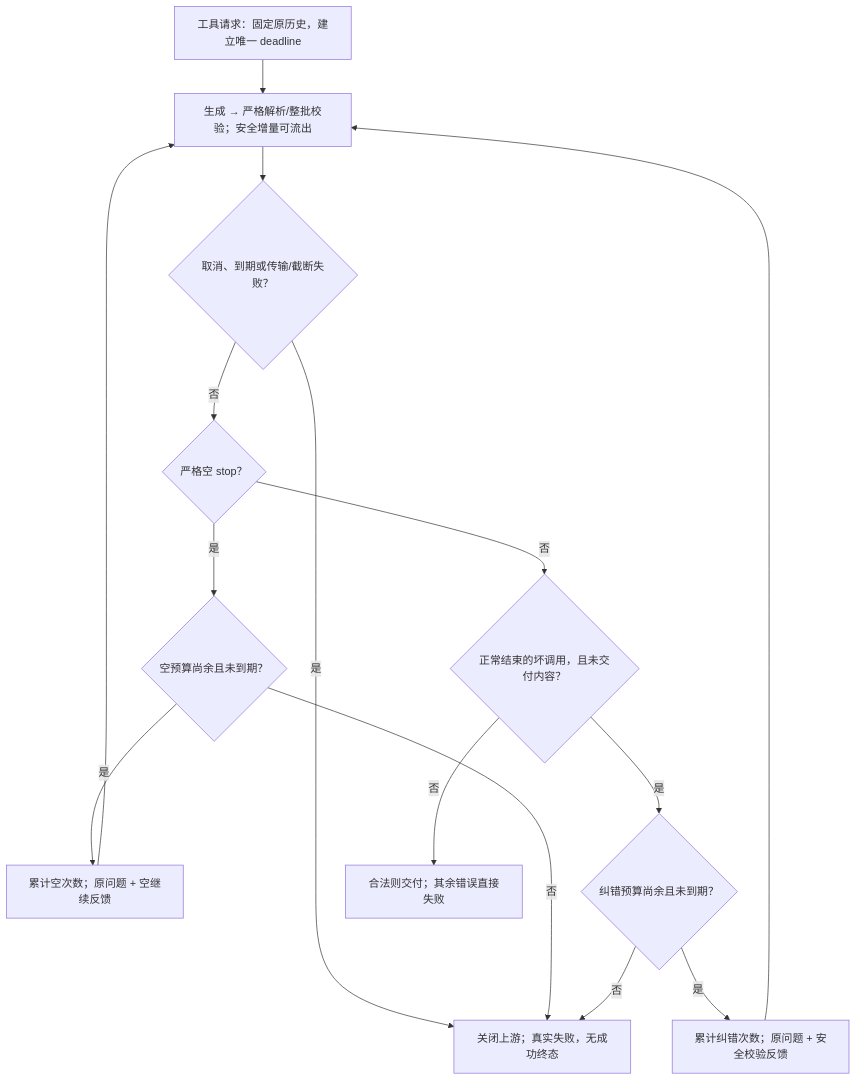
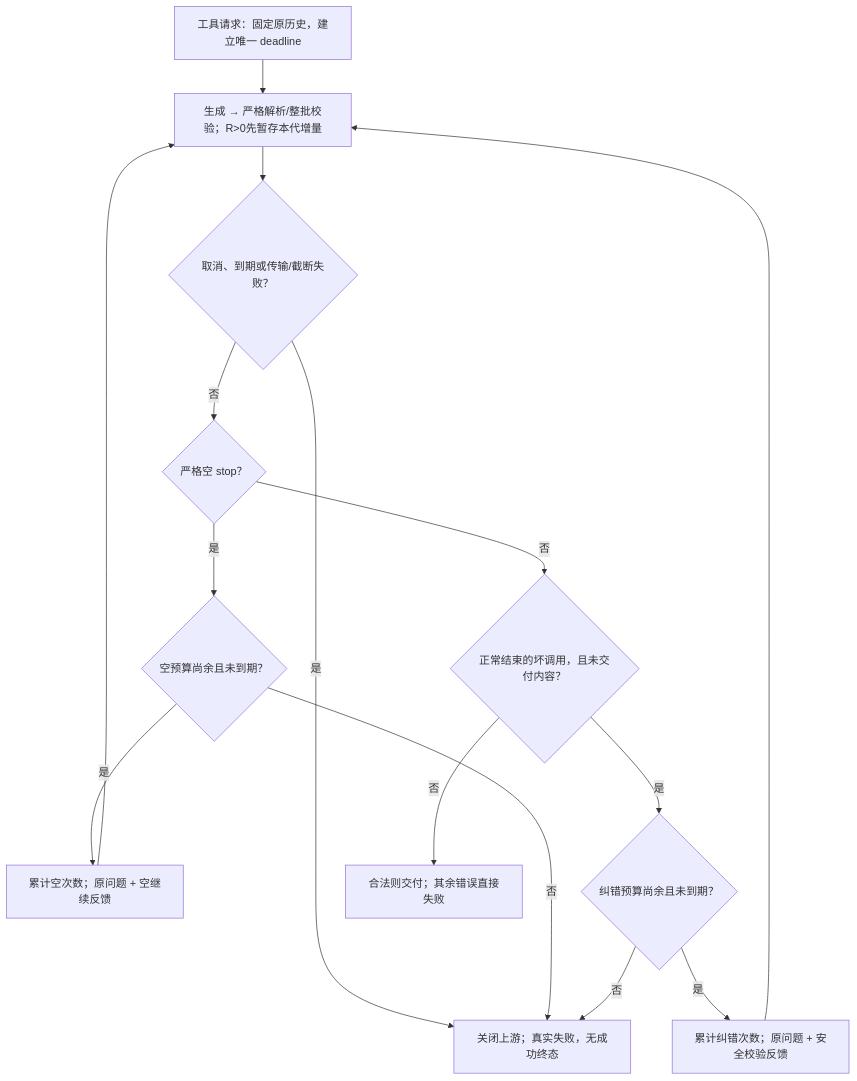
Before and after one commit to FrozenYears/shanghaitech-genai2api: the second of 2 diagrams in docs/STAGE_NATIVE_FIRST.md, drawn with Mermaid. The commit also changed other lines of this file and 8 other files, not shown here.

````diff
--- a/docs/STAGE_NATIVE_FIRST.md
+++ b/docs/STAGE_NATIVE_FIRST.md
@@ -100,17 +100,17 @@
 ```mermaid
 flowchart TD
-    A["工具请求：固定原历史，建立唯一 deadline"] --> B["生成 → 严格解析/整批校验；安全增量可流出"]
+    A["工具请求：固定原历史，建立唯一 deadline"] --> B["生成 → 严格解析/整批校验；R>0先暂存本代增量"]
     B --> C{"取消、到期或传输/截断失败？"}
     C -->|"是"| X["关闭上游；真实失败，无成功终态"]
     C -->|"否"| D{"严格空 stop？"}
     D -->|"是"| E{"空预算尚余且未到期？"}
     E -->|"是"| F["累计空次数；原问题 + 空继续反馈"]
     F --> B
     E -->|"否"| X
     D -->|"否"| G{"正常结束的坏调用，且未交付内容？"}
     G -->|"是"| H{"纠错预算尚余且未到期？"}
     H -->|"是"| I["累计纠错次数；原问题 + 安全校验反馈"]
     I --> B
     H -->|"否"| X
     G -->|"否"| J["合法则交付；其余错误直接失败"]
 ```
````
